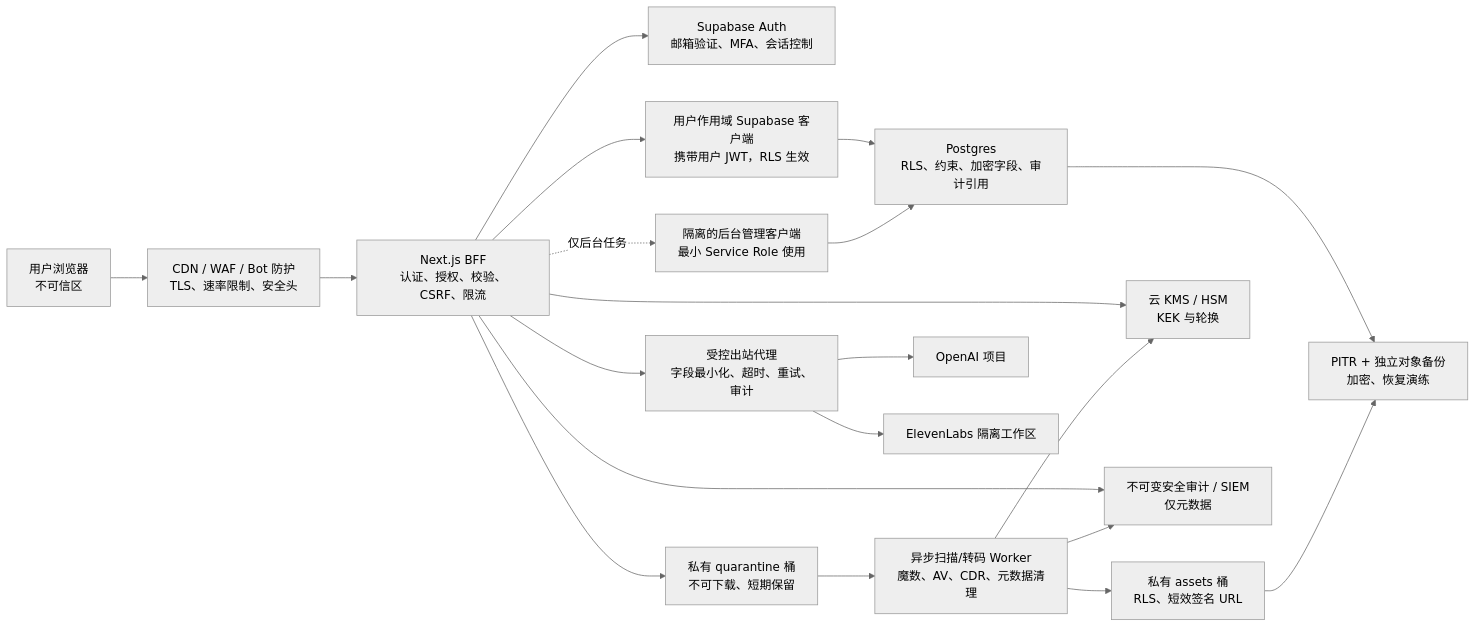
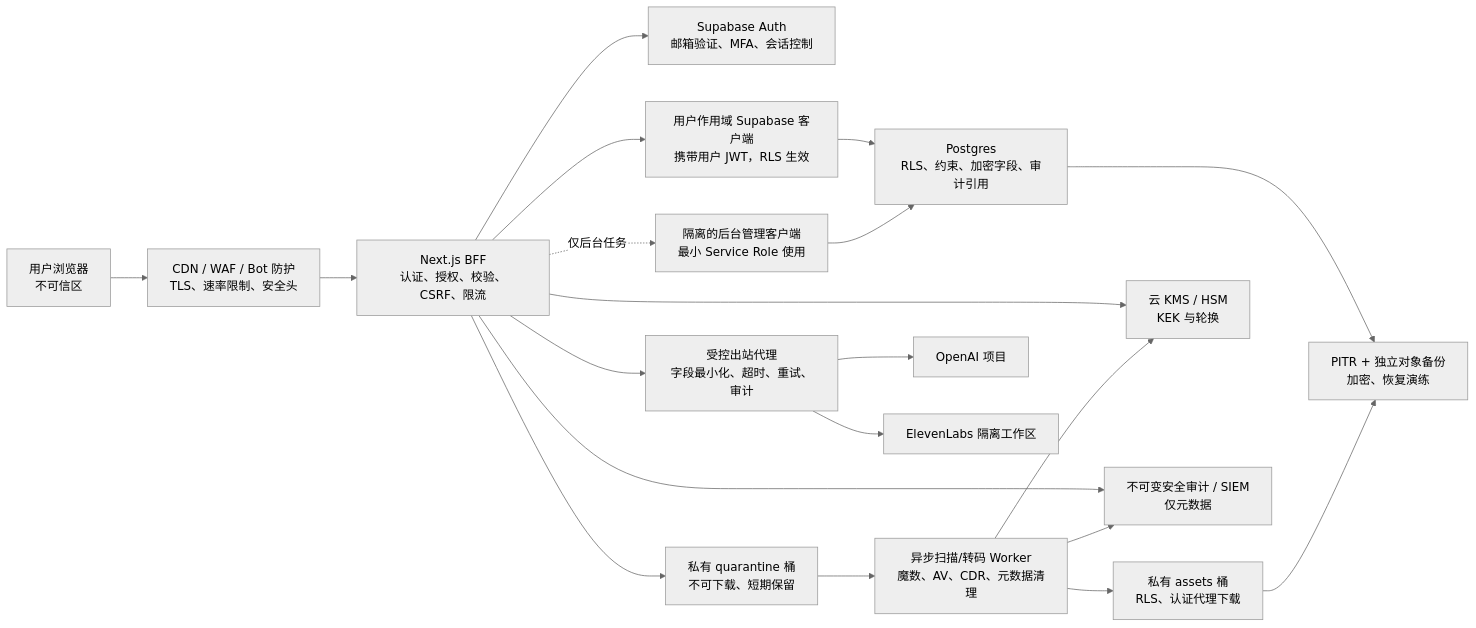
One commit to WWXianBei0718/jide changed the first of 2 diagrams in SECURITY_ARCHITECTURE.md. Above: the diagram before and after it, drawn with Mermaid (neutral theme). The commit also changed other lines of this file and 5 other files, not shown here.

````diff
--- a/SECURITY_ARCHITECTURE.md
+++ b/SECURITY_ARCHITECTURE.md
@@ -55,34 +55,34 @@
 ```mermaid
 flowchart LR
     U["用户浏览器\n不可信区"]
     EDGE["CDN / WAF / Bot 防护\nTLS、速率限制、安全头"]
     BFF["Next.js BFF\n认证、授权、校验、CSRF、限流"]
     AUTH["Supabase Auth\n邮箱验证、MFA、会话控制"]
     USERDB["用户作用域 Supabase 客户端\n携带用户 JWT，RLS 生效"]
     ADMIN["隔离的后台管理客户端\n最小 Service Role 使用"]
     DB["Postgres\nRLS、约束、加密字段、审计引用"]
     Q["私有 quarantine 桶\n不可下载、短期保留"]
     SCAN["异步扫描/转码 Worker\n魔数、AV、CDR、元数据清理"]
-    ASSET["私有 assets 桶\nRLS、短效签名 URL"]
+    ASSET["私有 assets 桶\nRLS、认证代理下载"]
     KMS["云 KMS / HSM\nKEK 与轮换"]
     OUT["受控出站代理\n字段最小化、超时、重试、审计"]
     OAI["OpenAI 项目"]
     EL["ElevenLabs 隔离工作区"]
     AUDIT["不可变安全审计 / SIEM\n仅元数据"]
     BACKUP["PITR + 独立对象备份\n加密、恢复演练"]
 
     U --> EDGE --> BFF
     BFF --> AUTH
     BFF --> USERDB --> DB
     BFF -. "仅后台任务" .-> ADMIN --> DB
     BFF --> Q --> SCAN --> ASSET
     BFF --> KMS
     SCAN --> KMS
     BFF --> OUT
     OUT --> OAI
     OUT --> EL
     BFF --> AUDIT
     SCAN --> AUDIT
     DB --> BACKUP
     ASSET --> BACKUP
 ```
````
